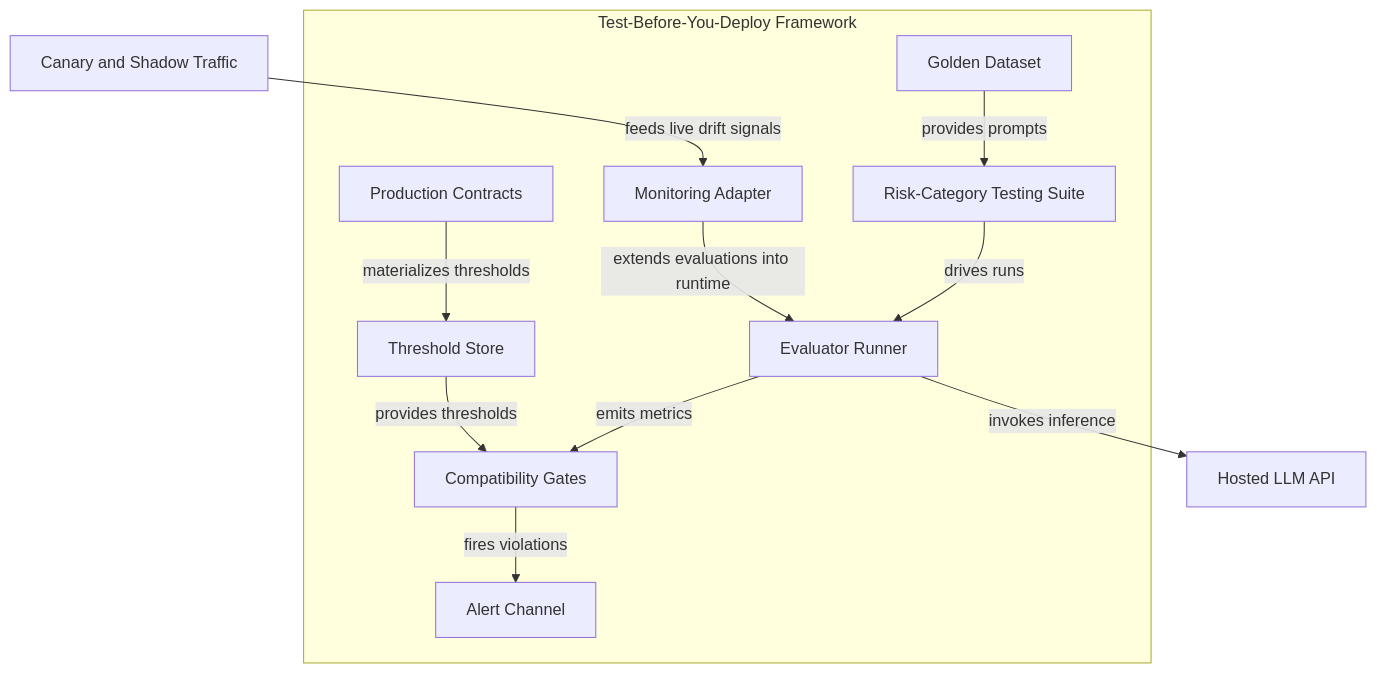
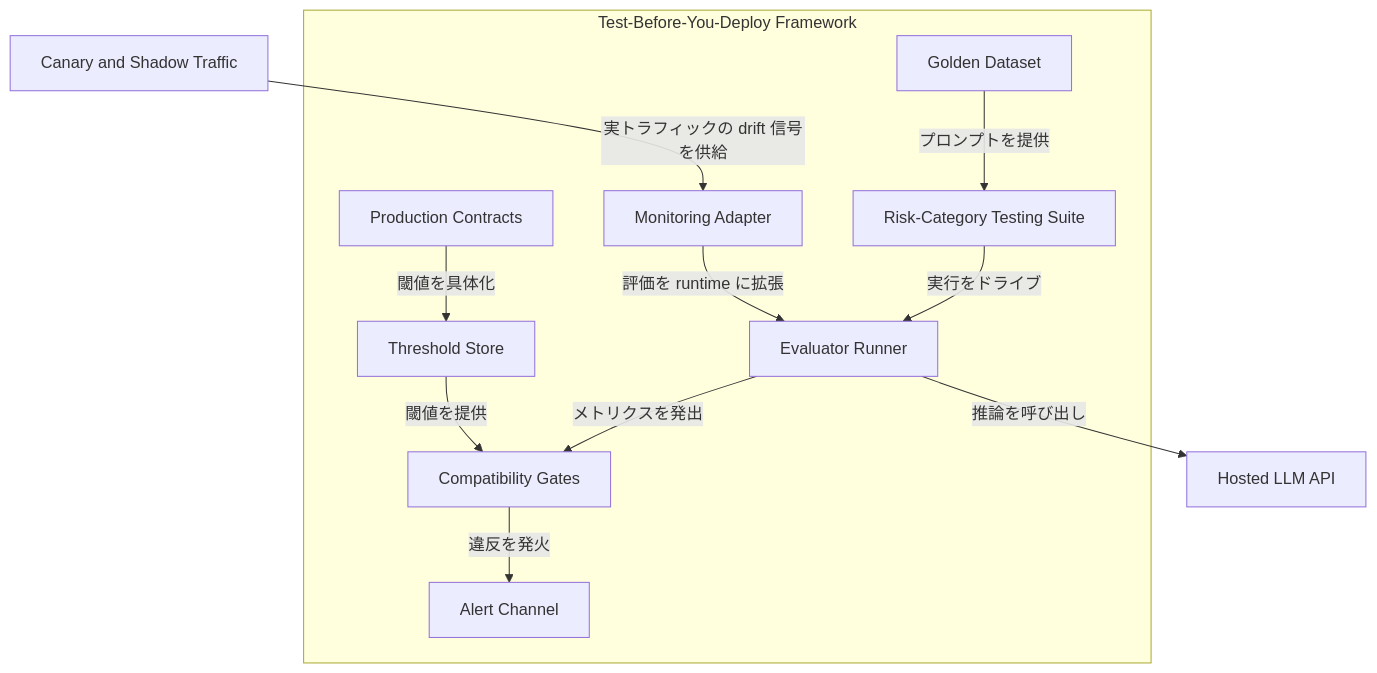
One commit to suwa-sh/zenn-contents changed the second of 7 diagrams in articles/test-before-you-deploy_20260502.md. Above: the diagram before and after it, drawn with Mermaid. The commit also changed other lines of this file, not shown here.

````diff
--- a/articles/test-before-you-deploy_20260502.md
+++ b/articles/test-before-you-deploy_20260502.md
@@ -87,25 +88,25 @@
 ```mermaid
 graph TD
     subgraph Framework["Test-Before-You-Deploy Framework"]
         PC[Production Contracts]
         RCTS[Risk-Category Testing Suite]
         CG[Compatibility Gates]
         GD[Golden Dataset]
         ER[Evaluator Runner]
         TS[Threshold Store]
         AC[Alert Channel]
         MI[Monitoring Adapter]
     end
     HostedLLM[Hosted LLM API]
     Canary[Canary and Shadow Traffic]
 
-    GD -->|provides prompts| RCTS
-    PC -->|materializes thresholds| TS
-    RCTS -->|drives runs| ER
-    ER -->|invokes inference| HostedLLM
-    ER -->|emits metrics| CG
-    TS -->|provides thresholds| CG
-    CG -->|fires violations| AC
-    Canary -->|feeds live drift signals| MI
-    MI -->|extends evaluations into runtime| ER
+    GD -->|プロンプトを提供| RCTS
+    PC -->|閾値を具体化| TS
+    RCTS -->|実行をドライブ| ER
+    ER -->|推論を呼び出し| HostedLLM
+    ER -->|メトリクスを発出| CG
+    TS -->|閾値を提供| CG
+    CG -->|違反を発火| AC
+    Canary -->|実トラフィックの drift 信号を供給| MI
+    MI -->|評価を runtime に拡張| ER
 ```
````
